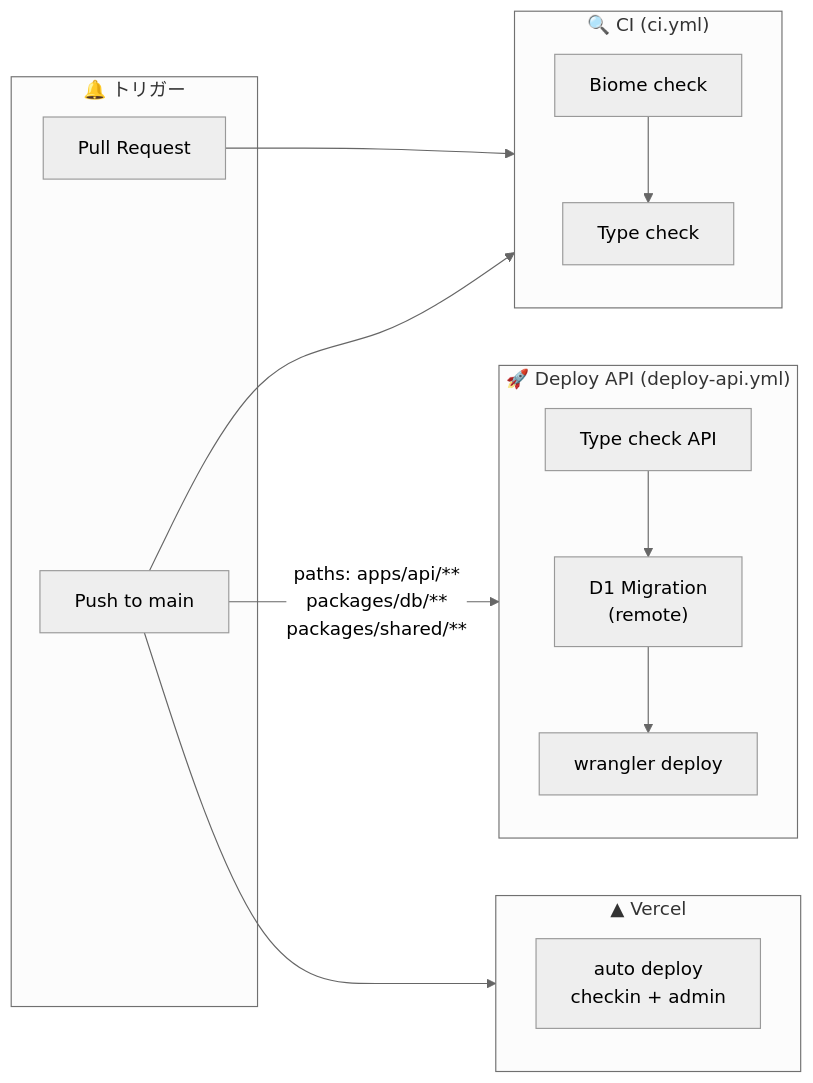
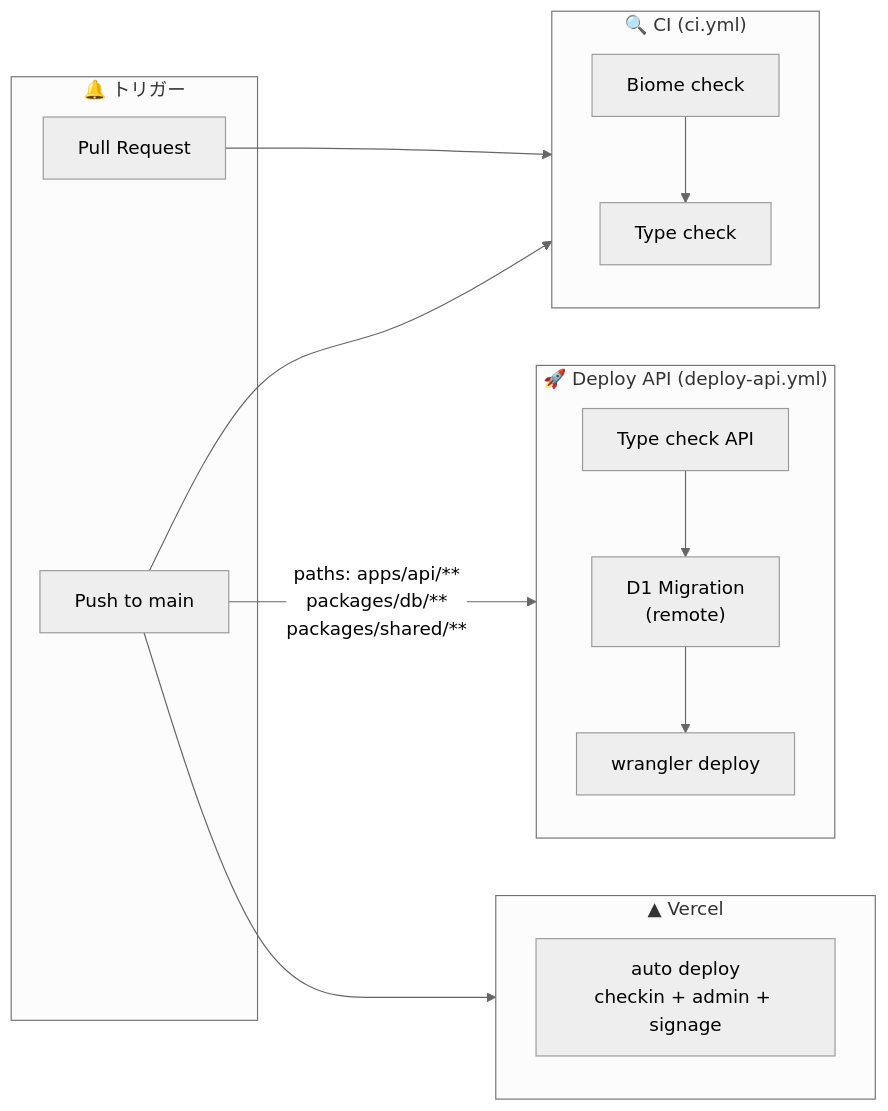
Before and after one commit to ut42tech/tecnova-platform: the third of 3 diagrams in README.md, drawn with Mermaid (neutral theme). The commit also changed other lines of this file and 3 other files, not shown here.

````diff
--- a/README.md
+++ b/README.md
@@ -260,30 +271,30 @@
 ```mermaid
 graph LR
     subgraph Trigger["🔔 トリガー"]
         PR["Pull Request"]
         Push["Push to main"]
     end
 
     subgraph CI["🔍 CI (ci.yml)"]
         Lint["Biome check"]
         TC["Type check"]
     end
 
     subgraph Deploy["🚀 Deploy API (deploy-api.yml)"]
         TC2["Type check API"]
         Migrate["D1 Migration<br/>(remote)"]
         WD["wrangler deploy"]
     end
 
     subgraph Vercel["▲ Vercel"]
-        VA["auto deploy<br/>checkin + admin"]
+        VA["auto deploy<br/>checkin + admin + signage"]
     end
 
     PR --> CI
     Push --> CI
     Push -- "paths: apps/api/**<br/>packages/db/**<br/>packages/shared/**" --> Deploy
     Push --> Vercel
 
     Lint --> TC
     TC2 --> Migrate --> WD
 ```
````
